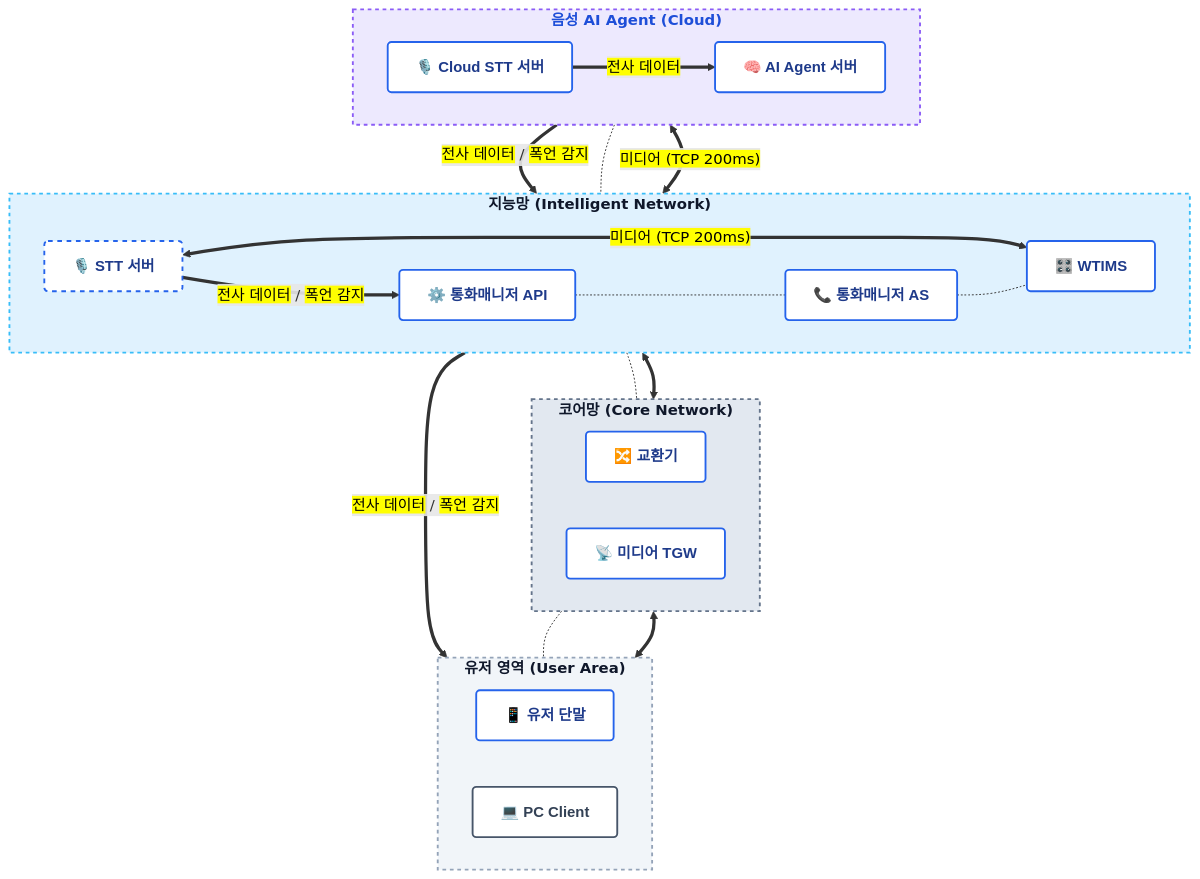
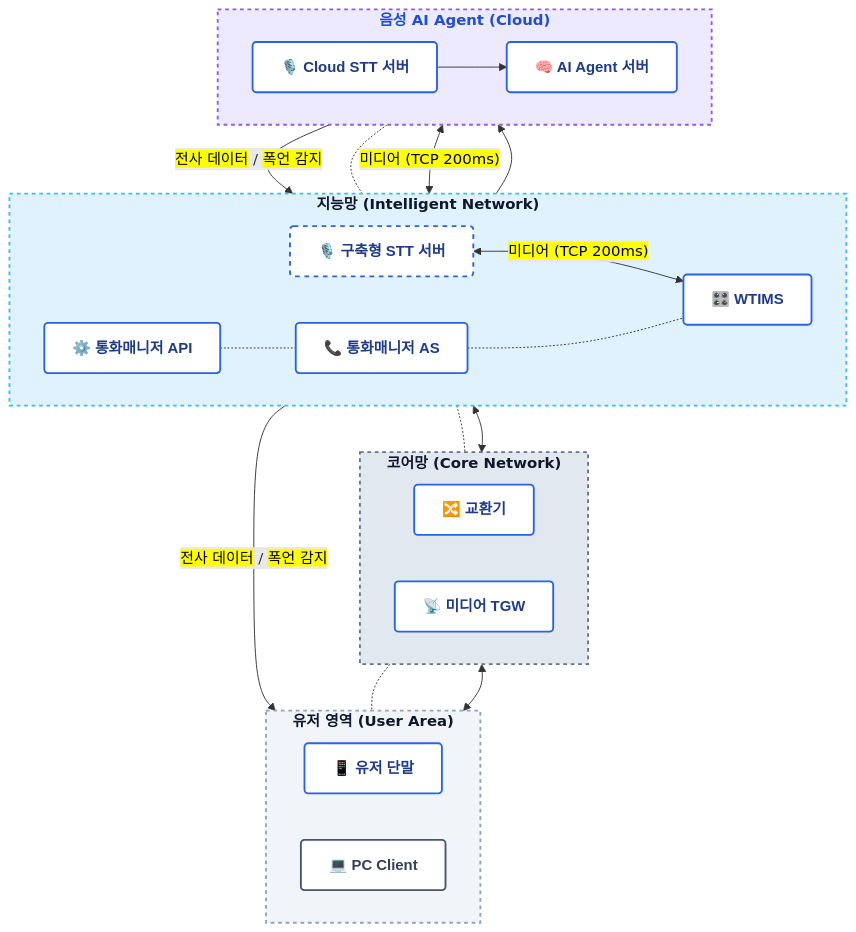
Before and after one commit to hak023/sip_pbx: the diagram in docs/architecture/stt-agent-integration-hybrid-stt.md, drawn with Mermaid.

Commit message:
docs: update hybrid stt architecture diagram per feedback

````diff
--- a/docs/architecture/stt-agent-integration-hybrid-stt.md
+++ b/docs/architecture/stt-agent-integration-hybrid-stt.md
@@ -4,74 +4,74 @@
 ```mermaid
 graph TD
     %% 스타일 정의 (블루 & 화이트 컨설팅 펌 테마)
     classDef default fill:#ffffff,stroke:#cbd5e1,stroke-width:1px,color:#334155,font-family:sans-serif;
     classDef layerBox fill:#f8fafc,stroke:#94a3b8,stroke-width:2px,stroke-dasharray: 4 4,color:#0f172a,font-weight:bold;
     classDef cloudBox fill:#eff6ff,stroke:#60a5fa,stroke-width:2px,stroke-dasharray: 4 4,color:#1d4ed8,font-weight:bold;
     classDef userLayer fill:#f1f5f9,stroke:#94a3b8,stroke-width:2px,stroke-dasharray: 4 4,color:#0f172a,font-weight:bold;
     classDef coreLayer fill:#e2e8f0,stroke:#64748b,stroke-width:2px,stroke-dasharray: 4 4,color:#0f172a,font-weight:bold;
     classDef intellLayer fill:#e0f2fe,stroke:#38bdf8,stroke-width:2px,stroke-dasharray: 4 4,color:#0f172a,font-weight:bold;
     classDef cloudLayer fill:#ede9fe,stroke:#8b5cf6,stroke-width:2px,stroke-dasharray: 4 4,color:#1d4ed8,font-weight:bold;
     classDef nodeBox fill:#ffffff,stroke:#2563eb,stroke-width:2px,color:#1e3a8a,font-weight:bold,rx:4px,ry:4px;
     classDef dashedNodeBox fill:#ffffff,stroke:#2563eb,stroke-width:2px,stroke-dasharray: 5 5,color:#1e3a8a,font-weight:bold,rx:4px,ry:4px;
     classDef clientBox fill:#ffffff,stroke:#475569,stroke-width:2px,color:#334155,font-weight:bold,rx:4px,ry:4px;
 
     %% 계층별 Subgraph
     subgraph User_Area ["유저 영역 (User Area)"]
         direction LR
         UserTerminal["📱 유저 단말"]:::nodeBox
         PCClient["💻 PC Client"]:::clientBox
     end
 
     subgraph Core_Network ["코어망 (Core Network)"]
         direction LR
         Switch["🔀 교환기"]:::nodeBox
         MediaTGW["📡 미디어 TGW"]:::nodeBox
     end
 
     subgraph Intelligent_Network ["지능망 (Intelligent Network)"]
         direction LR
         CallManagerAS["📞 통화매니저 AS"]:::nodeBox
         WTIMS["🎛️ WTIMS"]:::nodeBox
         CallManagerAPI["⚙️ 통화매니저 API"]:::nodeBox
-        STTServer["🎙️ STT 서버"]:::dashedNodeBox
+        STTServer["🎙️ 구축형 STT 서버"]:::dashedNodeBox
     end
 
     subgraph Cloud_Agent ["음성 AI Agent (Cloud)"]
         direction LR
         AIAgent["🧠 AI Agent 서버"]:::nodeBox
         CloudSTT["🎙️ Cloud STT 서버"]:::nodeBox
     end
 
     %% 연결선 및 프로토콜 흐름 (위에서 아래로: Cloud -> Intelligent -> Core -> User)
     
     %% Cloud 내부
-    CloudSTT ==>|"<mark>전사 데이터</mark>"| AIAgent
+    CloudSTT --> AIAgent
     
     %% Cloud <-> Intelligent
-    AIAgent ==>|"<mark>전사 데이터</mark> / <mark>폭언 감지</mark>"| CallManagerAPI
+    AIAgent -->|"<mark>전사 데이터</mark> / <mark>폭언 감지</mark>"| CallManagerAPI
     AIAgent -.- CallManagerAS
-    CloudSTT <==>|"<mark>미디어 (TCP 200ms)</mark>"| WTIMS
+    CloudSTT <-->|"<mark>미디어 (TCP 200ms)</mark>"| WTIMS
+    STTServer --> AIAgent
     
     %% Intelligent 내부
-    STTServer ==>|"<mark>전사 데이터</mark> / <mark>폭언 감지</mark>"| CallManagerAPI
-    STTServer <==>|"<mark>미디어 (TCP 200ms)</mark>"| WTIMS
+    STTServer <-->|"<mark>미디어 (TCP 200ms)</mark>"| WTIMS
     CallManagerAPI -.- CallManagerAS
     CallManagerAS -.- WTIMS
     
     %% Intelligent <-> Core
     CallManagerAS -.- Switch
-    WTIMS <==> MediaTGW
+    WTIMS <--> MediaTGW
     
     %% Core <-> User
     Switch -.- UserTerminal
-    MediaTGW <==> UserTerminal
+    MediaTGW <--> UserTerminal
     
     %% Intelligent <-> User
-    CallManagerAPI ==>|"<mark>전사 데이터</mark> / <mark>폭언 감지</mark>"| PCClient
+    CallManagerAPI -->|"<mark>전사 데이터</mark> / <mark>폭언 감지</mark>"| PCClient
 
     %% 서브그래프 스타일 적용
     class User_Area userLayer;
     class Core_Network coreLayer;
     class Intelligent_Network intellLayer;
     class Cloud_Agent cloudLayer;
 ```
````
